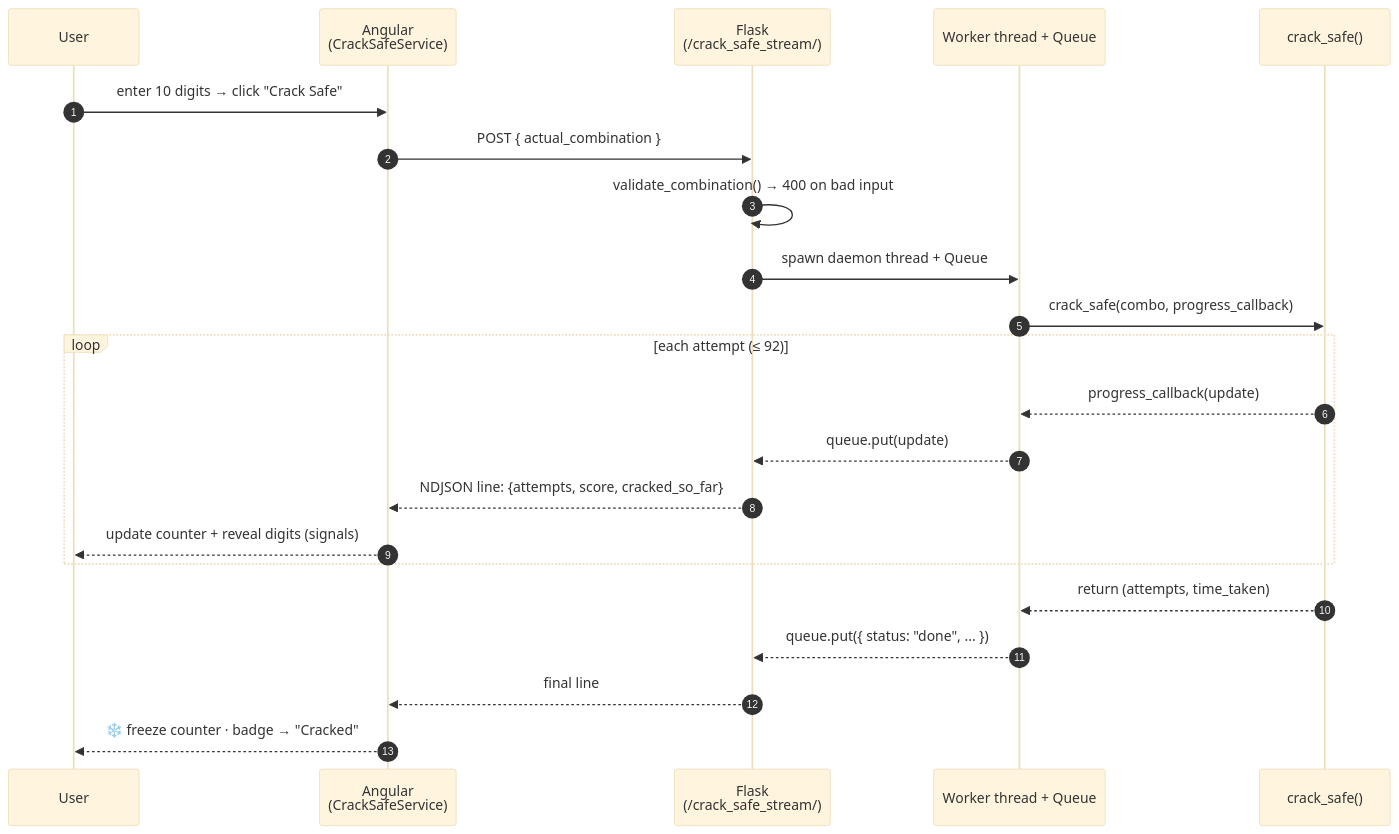
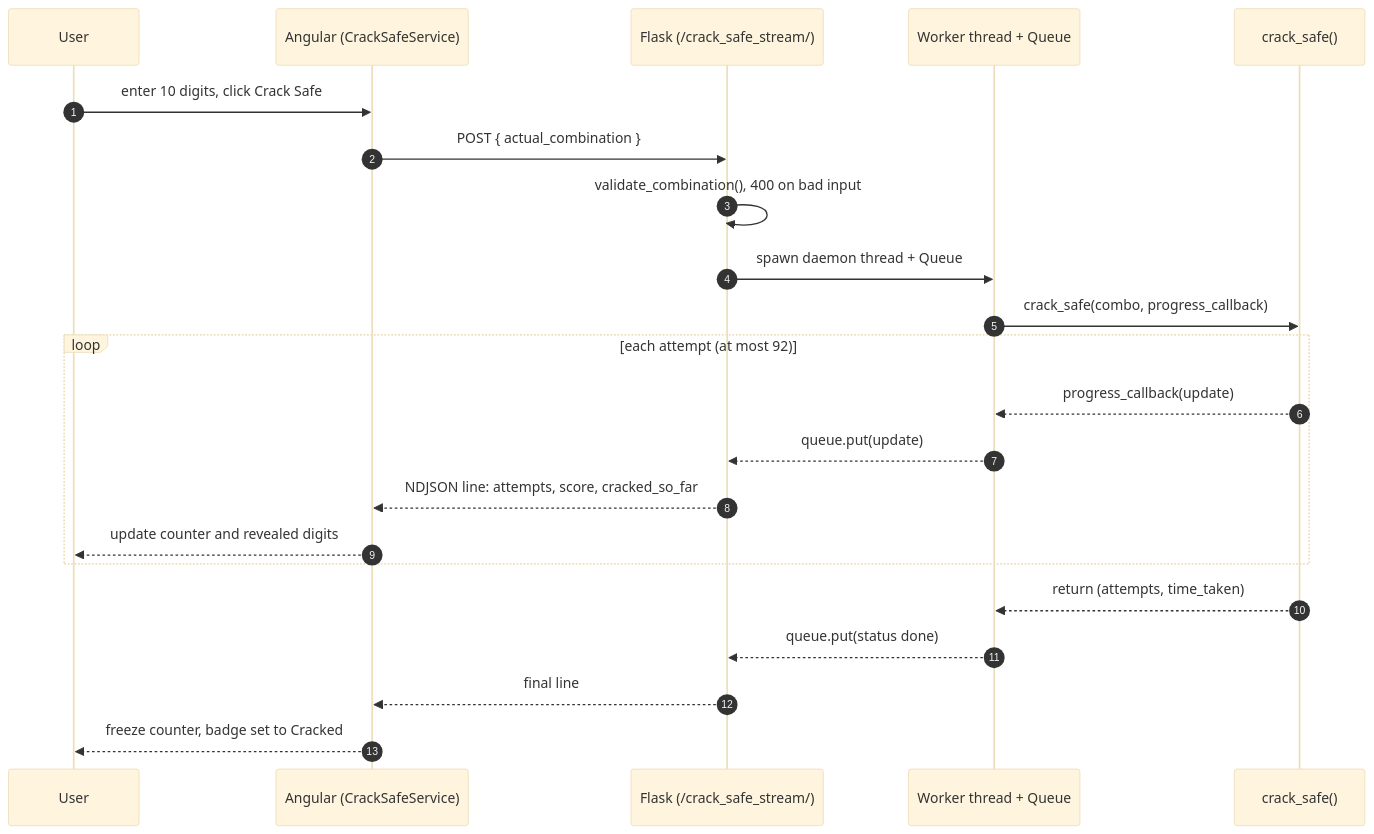
One commit to js3888-shunshun/crack-safe changed the second of 2 diagrams in README.md. Above: the diagram before and after it, drawn with Mermaid (base theme). The commit also changed other lines of this file, not shown here.

````diff
--- a/README.md
+++ b/README.md
@@ -75,25 +82,25 @@
 ```mermaid
 sequenceDiagram
     autonumber
     participant U as User
-    participant A as Angular<br/>(CrackSafeService)
-    participant F as Flask<br/>(/crack_safe_stream/)
+    participant A as Angular (CrackSafeService)
+    participant F as Flask (/crack_safe_stream/)
     participant W as Worker thread + Queue
     participant C as crack_safe()
 
-    U->>A: enter 10 digits → click "Crack Safe"
+    U->>A: enter 10 digits, click Crack Safe
     A->>F: POST { actual_combination }
-    F->>F: validate_combination() → 400 on bad input
+    F->>F: validate_combination(), 400 on bad input
     F->>W: spawn daemon thread + Queue
     W->>C: crack_safe(combo, progress_callback)
-    loop each attempt (≤ 92)
+    loop each attempt (at most 92)
         C-->>W: progress_callback(update)
         W-->>F: queue.put(update)
-        F-->>A: NDJSON line: {attempts, score, cracked_so_far}
-        A-->>U: update counter + reveal digits (signals)
+        F-->>A: NDJSON line: attempts, score, cracked_so_far
+        A-->>U: update counter and revealed digits
     end
     C-->>W: return (attempts, time_taken)
-    W-->>F: queue.put({ status: "done", ... })
+    W-->>F: queue.put(status done)
     F-->>A: final line
-    A-->>U: ❄️ freeze counter · badge → "Cracked"
+    A-->>U: freeze counter, badge set to Cracked
 ```
````
